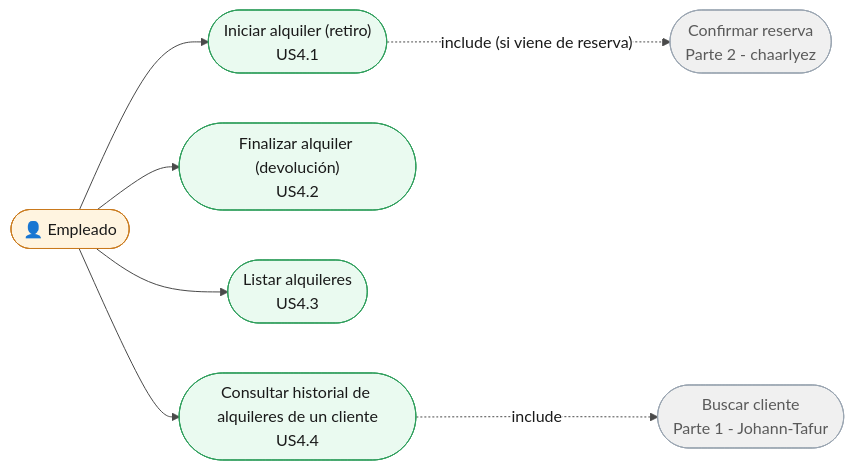
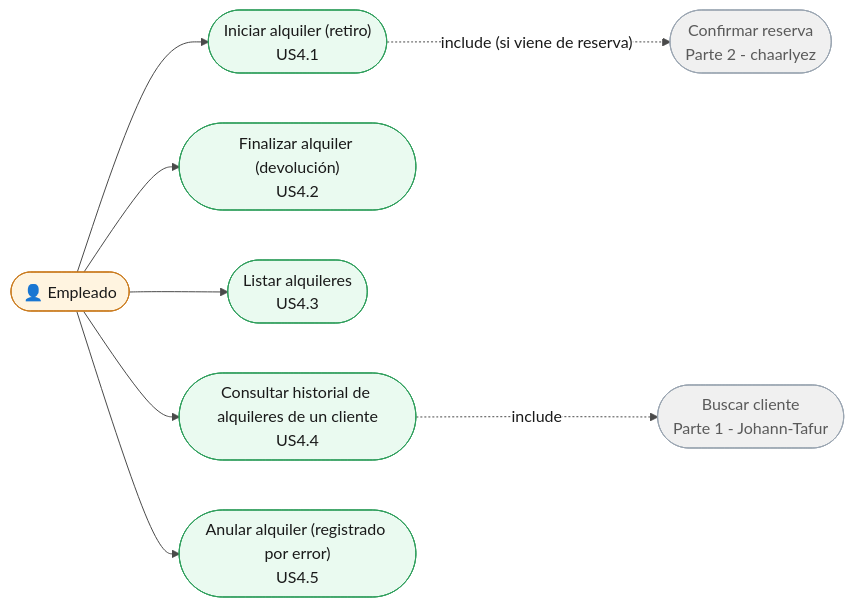
One commit to chaarlyez/Sistema_de_alquiler_de_veh-culos changed the diagram in docs/03-uml/fuentes/parte3-casos-de-uso-alquileres.mmd. Above: the diagram before and after it, drawn with Mermaid. The commit also changed 9 other files, not shown here.

First line of the commit message:
docs(uml): agregar anulacion de alquiler e integrar borrado logico (parte 3)

```diff
--- a/docs/03-uml/fuentes/parte3-casos-de-uso-alquileres.mmd
+++ b/docs/03-uml/fuentes/parte3-casos-de-uso-alquileres.mmd
@@ -1,33 +1,35 @@
 %%{init: {'theme': 'base', 'themeVariables': {
   'background': '#ffffff',
   'primaryColor': '#ffffff',
   'primaryBorderColor': '#4a4a4a',
   'primaryTextColor': '#1a1a1a',
   'lineColor': '#4a4a4a',
   'textColor': '#1a1a1a'
 }}}%%
 flowchart LR
     Empleado(["👤 Empleado"])
 
     UC41(["Iniciar alquiler (retiro)<br/>US4.1"])
     UC42(["Finalizar alquiler (devolución)<br/>US4.2"])
     UC43(["Listar alquileres<br/>US4.3"])
     UC44(["Consultar historial de alquileres de un cliente<br/>US4.4"])
+    UC45(["Anular alquiler (registrado por error)<br/>US4.5"])
 
     Empleado --> UC41
     Empleado --> UC42
     Empleado --> UC43
     Empleado --> UC44
+    Empleado --> UC45
 
     UC41 -.->|"include (si viene de reserva)"| UC35
     UC44 -.->|include| UC8
 
     UC35(["Confirmar reserva<br/>Parte 2 - chaarlyez"])
     UC8(["Buscar cliente<br/>Parte 1 - Johann-Tafur"])
 
     classDef actor fill:#fff4e0,stroke:#c97a1e,color:#1a1a1a
     classDef usecase fill:#eafaf0,stroke:#2f9e5c,color:#1a1a1a
     classDef other fill:#f0f0f0,stroke:#9aa5b1,color:#5a5a5a
     class Empleado actor
-    class UC41,UC42,UC43,UC44 usecase
+    class UC41,UC42,UC43,UC44,UC45 usecase
     class UC35,UC8 other
```
